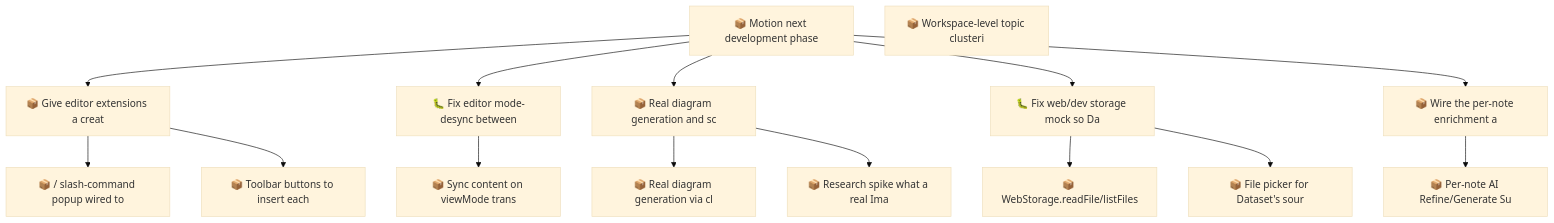
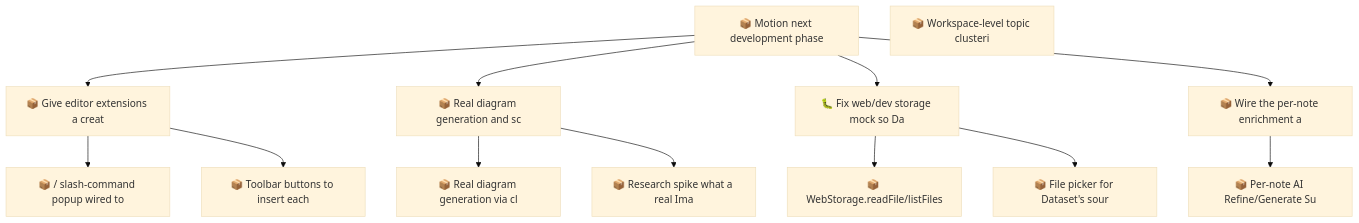
The second of 2 diagrams in docs/roadmap.md (SpillwaveSolutions/motion), drawn with Mermaid (base theme) before and after one commit. The commit also changed other lines of this file and 10 other files, not shown here.

````diff
--- a/docs/roadmap.md
+++ b/docs/roadmap.md
@@ -87,31 +81,27 @@
 ```mermaid
 graph TD
-    01KYFZ6RBH7SW7J03FYN4XZ08J["📦 Sync content on viewMode trans"]
     01KYFZ6RBHA5DRP85QQ0EHTAJ6["📦 Give editor extensions a creat"]
     01KYFZ6RBHABFSC9K9NJ90168Q["📦 Motion next development phase"]
     01KYFZ6RBHBTXGWG8HREAG8AG9["📦 / slash-command popup wired to"]
-    01KYFZ6RBHDMXV57V4JZW3PS5K["🐛 Fix editor mode-desync between"]
     01KYFZ6RBHZQWH62SK631C3H1K["📦 Toolbar buttons to insert each"]
     01KYFZ6RBJ18SB2ZCSFK06BNJ2["📦 WebStorage.readFile/listFiles"]
     01KYFZ6RBJ5718M3GQPAB76RHS["📦 Real diagram generation and sc"]
     01KYFZ6RBJC07FEQ0FT0KQ302M["🐛 Fix web/dev storage mock so Da"]
     01KYFZ6RBJCWMMF7THJZFB6943["📦 Real diagram generation via cl"]
     01KYFZ6RBJEYPZ9RX0F86490TM["📦 Research spike what a real Ima"]
     01KYFZ6RBJT7FG0G30WYS3YF6Q["📦 File picker for Dataset's sour"]
     01KYFZ6RBJV920SFW0MAN9MX9J["📦 Wire the per-note enrichment a"]
     01KYFZ6RBJZNYDT9AK2V0RA11T["📦 Per-note AI Refine/Generate Su"]
     01KYFZ8RGR06XBSG9CH4TEWYJY["📦 Workspace-level topic clusteri"]
-    01KYFZ6RBHDMXV57V4JZW3PS5K --> 01KYFZ6RBH7SW7J03FYN4XZ08J
     01KYFZ6RBHABFSC9K9NJ90168Q --> 01KYFZ6RBHA5DRP85QQ0EHTAJ6
     01KYFZ6RBHA5DRP85QQ0EHTAJ6 --> 01KYFZ6RBHBTXGWG8HREAG8AG9
-    01KYFZ6RBHABFSC9K9NJ90168Q --> 01KYFZ6RBHDMXV57V4JZW3PS5K
     01KYFZ6RBHA5DRP85QQ0EHTAJ6 --> 01KYFZ6RBHZQWH62SK631C3H1K
     01KYFZ6RBJC07FEQ0FT0KQ302M --> 01KYFZ6RBJ18SB2ZCSFK06BNJ2
     01KYFZ6RBHABFSC9K9NJ90168Q --> 01KYFZ6RBJ5718M3GQPAB76RHS
     01KYFZ6RBHABFSC9K9NJ90168Q --> 01KYFZ6RBJC07FEQ0FT0KQ302M
     01KYFZ6RBJ5718M3GQPAB76RHS --> 01KYFZ6RBJCWMMF7THJZFB6943
     01KYFZ6RBJ5718M3GQPAB76RHS --> 01KYFZ6RBJEYPZ9RX0F86490TM
     01KYFZ6RBJC07FEQ0FT0KQ302M --> 01KYFZ6RBJT7FG0G30WYS3YF6Q
     01KYFZ6RBHABFSC9K9NJ90168Q --> 01KYFZ6RBJV920SFW0MAN9MX9J
     01KYFZ6RBJV920SFW0MAN9MX9J --> 01KYFZ6RBJZNYDT9AK2V0RA11T
 ```
````
